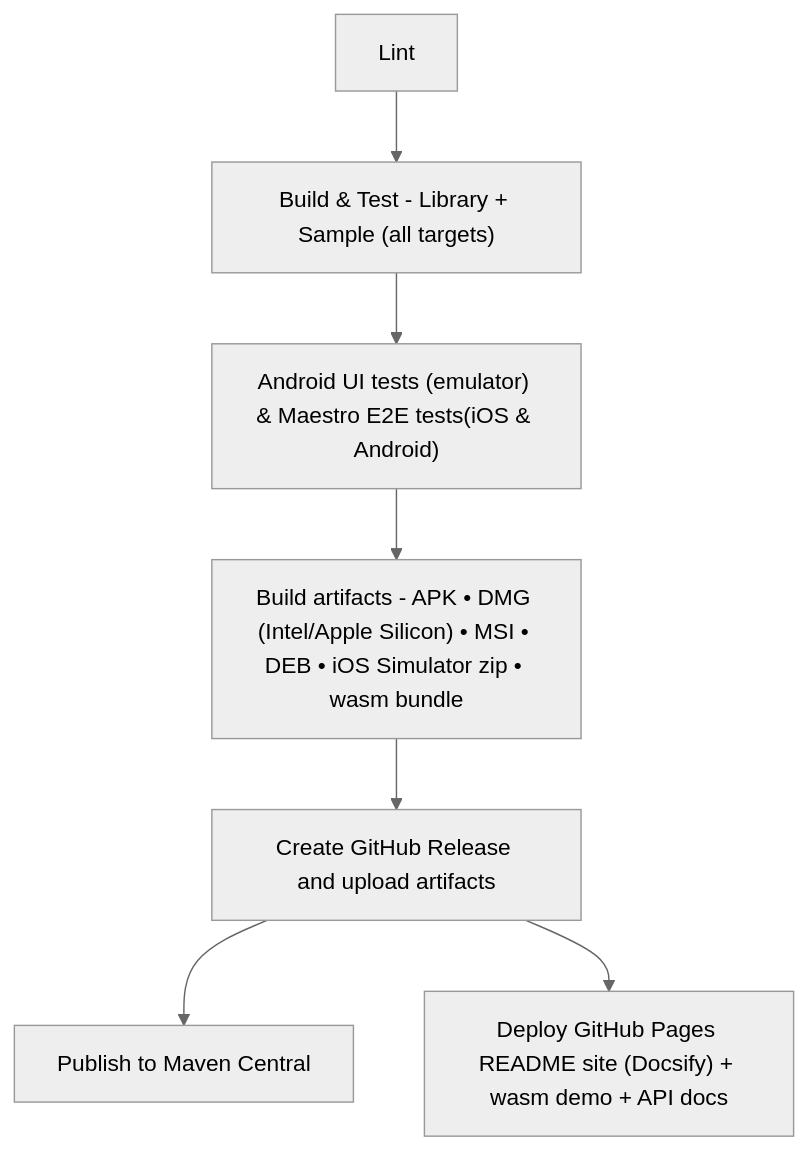
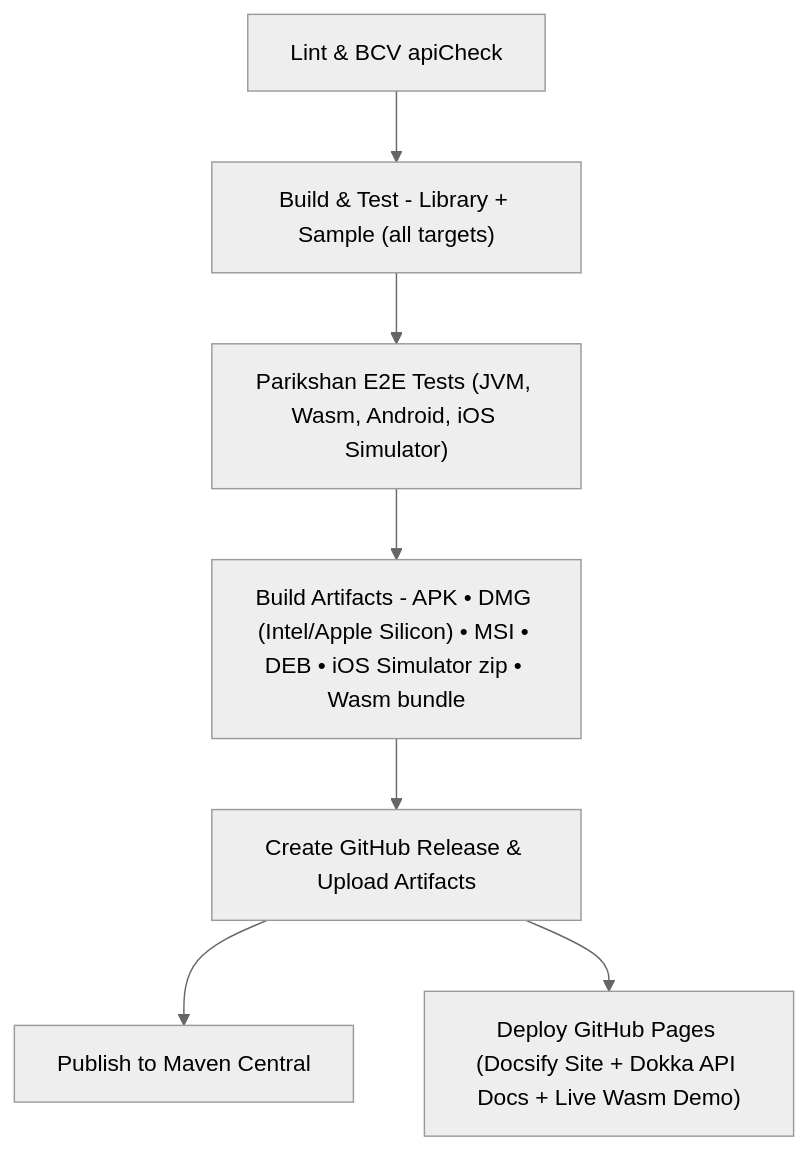
One commit to aryapreetam/cmp-lib-template changed the diagram in README.MD. Above: the diagram before and after it, drawn with Mermaid (neutral theme). The commit also changed other lines of this file and 21 other files, not shown here.

Commit message:
Optimize README, integrate Parikshan 0.0.11 and BCV 0.18.2

````diff
--- a/README.MD
+++ b/README.MD
@@ -250,9 +171,9 @@
 ```mermaid
 flowchart TD
-    A["Lint"] --> B["Build & Test - Library + Sample (all targets)"]
-    B --> C["Android UI tests (emulator) & Maestro E2E tests(iOS & Android)"]
-    C --> D["Build artifacts - APK • DMG (Intel/Apple Silicon) • MSI • DEB • iOS Simulator zip • wasm bundle"]
-    D --> E["Create GitHub Release and upload artifacts"]
+    A["Lint & BCV apiCheck"] --> B["Build & Test - Library + Sample (all targets)"]
+    B --> C["Parikshan E2E Tests (JVM, Wasm, Android, iOS Simulator)"]
+    C --> D["Build Artifacts - APK • DMG (Intel/Apple Silicon) • MSI • DEB • iOS Simulator zip • Wasm bundle"]
+    D --> E["Create GitHub Release & Upload Artifacts"]
     E --> F["Publish to Maven Central"]
-    E --> G["Deploy GitHub Pages README site (Docsify) + wasm demo + API docs"]
+    E --> G["Deploy GitHub Pages (Docsify Site + Dokka API Docs + Live Wasm Demo)"]
 ```
````
